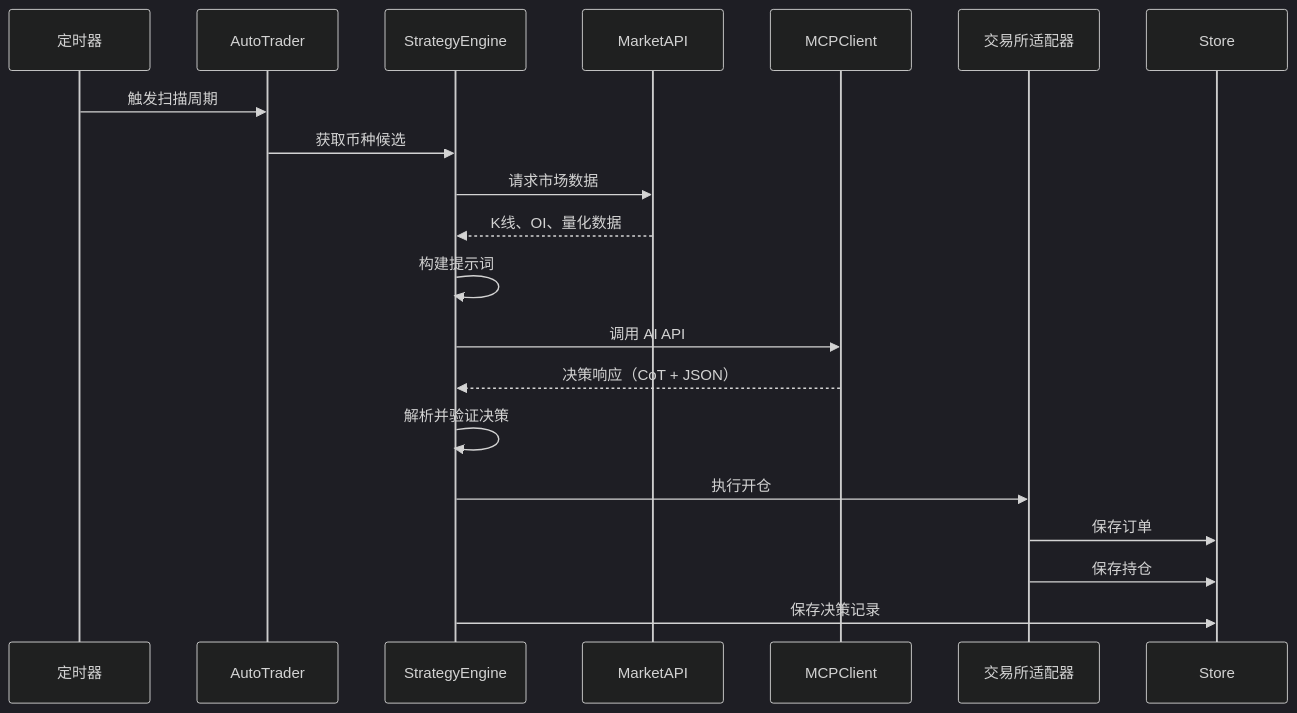
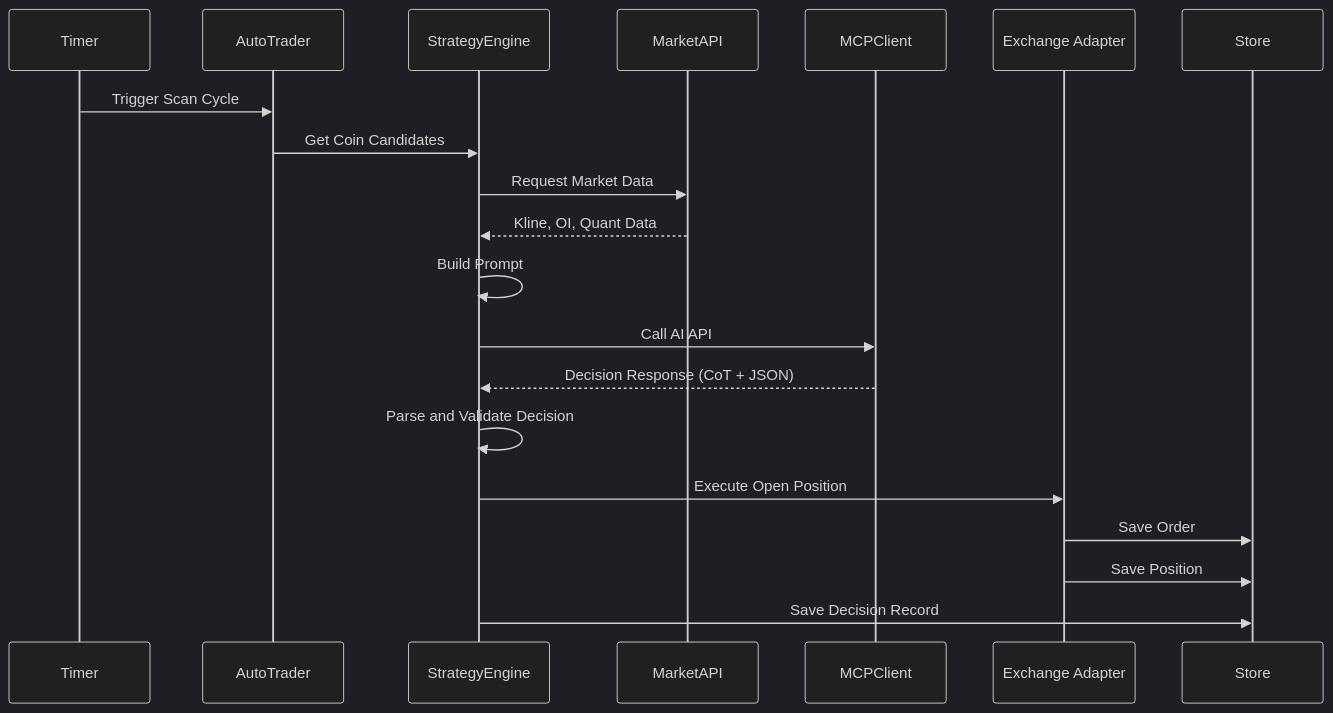
One commit to zcxGGmu/DeepAlpha changed the ninth of 11 diagrams in docs/improve/kilo-code/NOFX-技术分析报告.md. Above: the diagram before and after it, drawn with Mermaid (dark theme). The commit also changed other lines of this file, not shown here.

Commit message:
fix: 修复 Mermaid 图表中文标签兼容性问题

````diff
--- a/docs/improve/kilo-code/NOFX-技术分析报告.md
+++ b/docs/improve/kilo-code/NOFX-技术分析报告.md
@@ -1039,23 +1047,23 @@
 ```mermaid
 sequenceDiagram
-    participant Timer as 定时器
+    participant Timer as Timer
     participant AT as AutoTrader
     participant SE as StrategyEngine
     participant Market as MarketAPI
     participant AI as MCPClient
-    participant Trader as 交易所适配器
+    participant Trader as Exchange Adapter
     participant DB as Store
     
-    Timer->>AT: 触发扫描周期
-    AT->>SE: 获取币种候选
-    SE->>Market: 请求市场数据
-    Market-->>SE: K线、OI、量化数据
-    SE->>SE: 构建提示词
-    SE->>AI: 调用 AI API
-    AI-->>SE: 决策响应（CoT + JSON）
-    SE->>SE: 解析并验证决策
-    SE->>Trader: 执行开仓
-    Trader->>DB: 保存订单
-    Trader->>DB: 保存持仓
-    SE->>DB: 保存决策记录
+    Timer->>AT: Trigger Scan Cycle
+    AT->>SE: Get Coin Candidates
+    SE->>Market: Request Market Data
+    Market-->>SE: Kline, OI, Quant Data
+    SE->>SE: Build Prompt
+    SE->>AI: Call AI API
+    AI-->>SE: Decision Response (CoT + JSON)
+    SE->>SE: Parse and Validate Decision
+    SE->>Trader: Execute Open Position
+    Trader->>DB: Save Order
+    Trader->>DB: Save Position
+    SE->>DB: Save Decision Record
 ```
````
